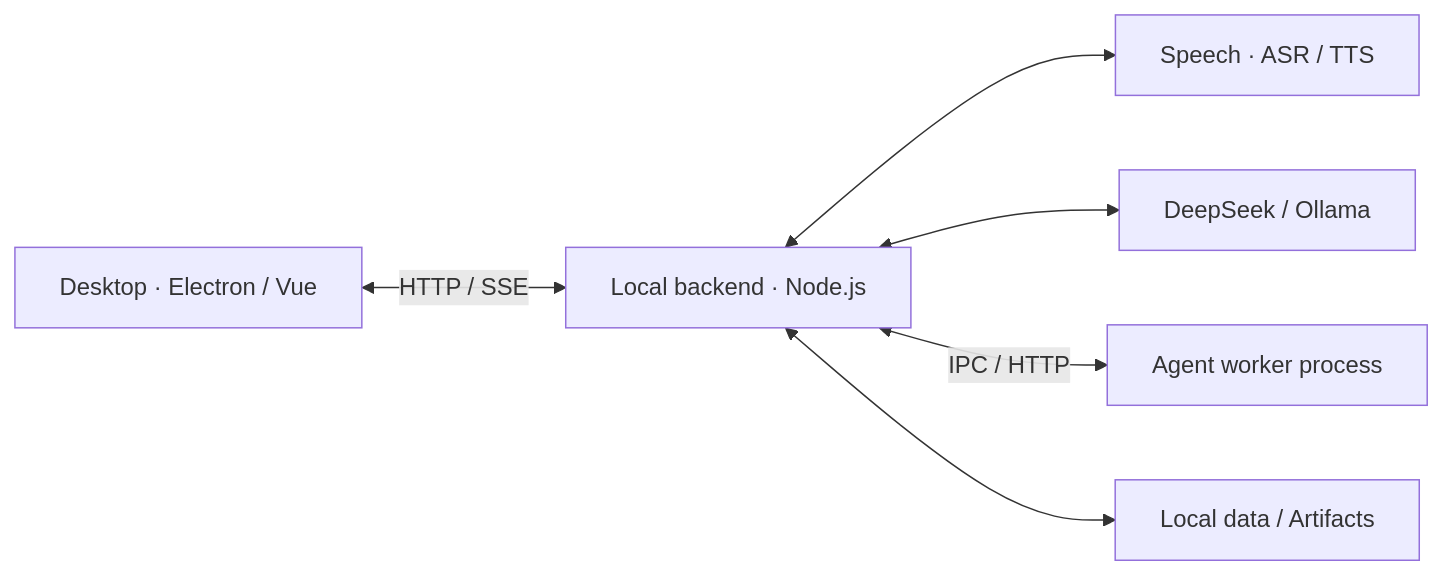
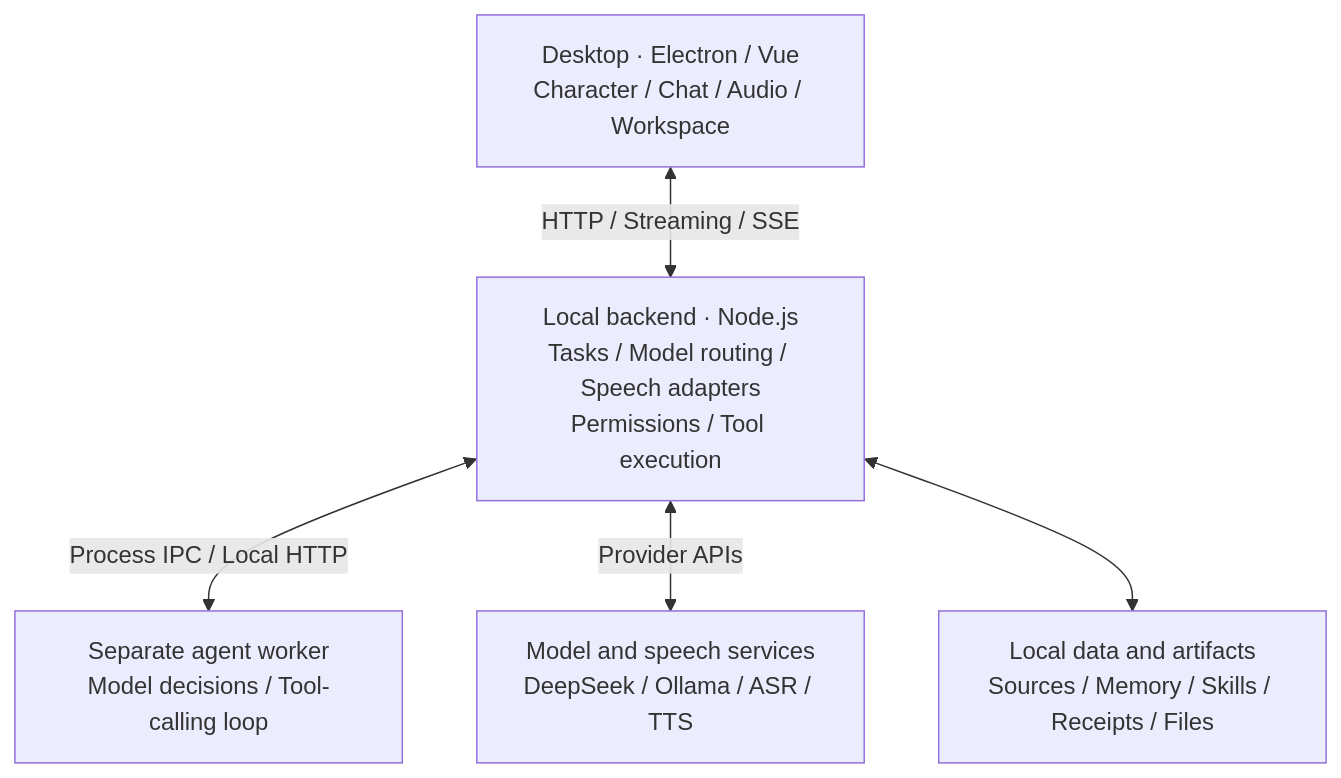
One commit to liguozheng-ac/Lingbo-Desk changed the diagram in README.en.md. Above: the diagram before and after it, drawn with Mermaid. The commit also changed other lines of this file and 6 other files, not shown here.

````diff
--- a/README.en.md
+++ b/README.en.md
@@ -36,15 +94,13 @@
 ```mermaid
-flowchart LR
-    desktop["Desktop · Electron / Vue"]
-    gateway["Local backend · Node.js"]
-    speech["Speech · ASR / TTS"]
-    models["DeepSeek / Ollama"]
-    worker["Agent worker process"]
-    storage["Local data / Artifacts"]
+flowchart TB
+    desktop["Desktop · Electron / Vue<br/>Character / Chat / Audio / Workspace"]
+    gateway["Local backend · Node.js<br/>Tasks / Model routing / Speech adapters<br/>Permissions / Tool execution"]
+    worker["Separate agent worker<br/>Model decisions / Tool-calling loop"]
+    providers["Model and speech services<br/>DeepSeek / Ollama / ASR / TTS"]
+    storage["Local data and artifacts<br/>Sources / Memory / Skills / Receipts / Files"]
 
-    desktop <-->|HTTP / SSE| gateway
-    gateway <--> speech
-    gateway <--> models
-    gateway <-->|IPC / HTTP| worker
+    desktop <-->|HTTP / Streaming / SSE| gateway
+    gateway <-->|Process IPC / Local HTTP| worker
+    gateway <-->|Provider APIs| providers
     gateway <--> storage
 ```
````
